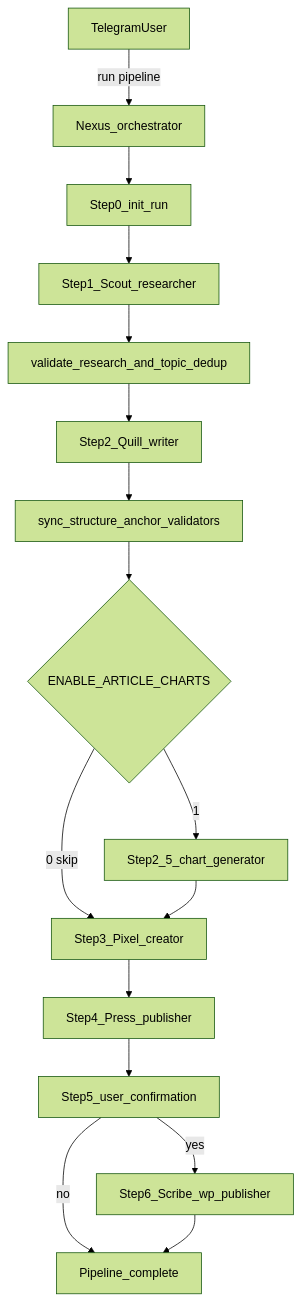
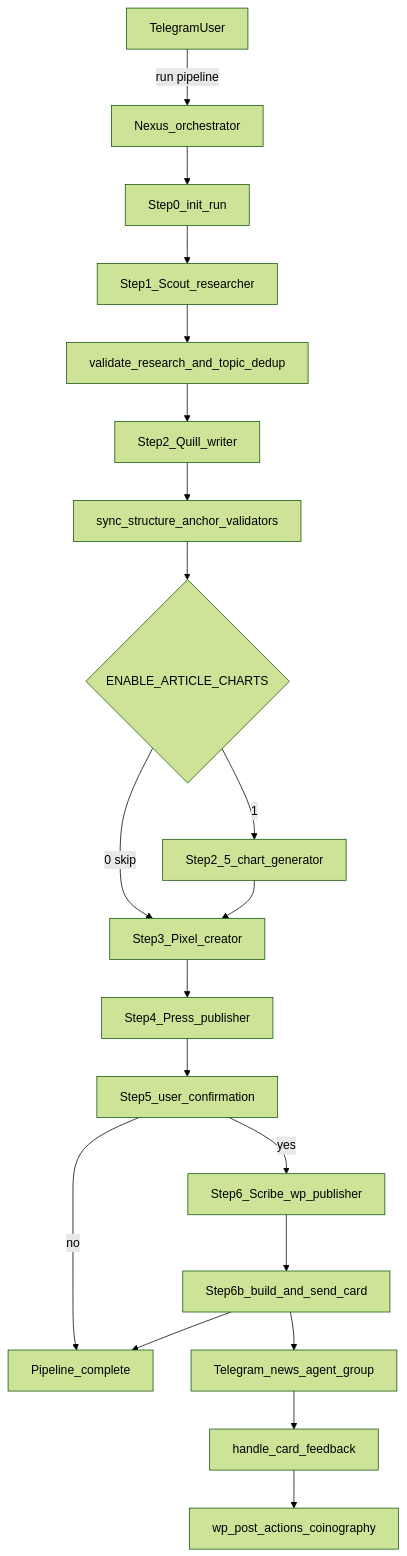
Before and after one commit to SpearmintTechnolgies/News-Agent: the diagram in AGENT_PIPELINE_REGISTRY.md, drawn with Mermaid (forest theme). The commit also changed other lines of this file and 219 other files, not shown here.

Commit message:
news agent complete

````diff
--- a/AGENT_PIPELINE_REGISTRY.md
+++ b/AGENT_PIPELINE_REGISTRY.md
@@ -28,18 +28,22 @@
 ```mermaid
 flowchart TD
     TG[TelegramUser] -->|run pipeline| NX[Nexus_orchestrator]
     NX --> S0[Step0_init_run]
     S0 --> S1[Step1_Scout_researcher]
     S1 --> V1[validate_research_and_topic_dedup]
     V1 --> S2[Step2_Quill_writer]
     S2 --> V2[sync_structure_anchor_validators]
     V2 --> S25{ENABLE_ARTICLE_CHARTS}
     S25 -->|1| CH[Step2_5_chart_generator]
     S25 -->|0 skip| S3
     CH --> S3[Step3_Pixel_creator]
     S3 --> S4[Step4_Press_publisher]
     S4 --> S5[Step5_user_confirmation]
     S5 -->|yes| S6[Step6_Scribe_wp_publisher]
     S5 -->|no| DONE[Pipeline_complete]
-    S6 --> DONE
+    S6 --> S6b[Step6b_build_and_send_card]
+    S6b --> TGCard[Telegram_news_agent_group]
+    TGCard --> Editorial[handle_card_feedback]
+    Editorial --> WPA[wp_post_actions_coinography]
+    S6b --> DONE
 ```
````
